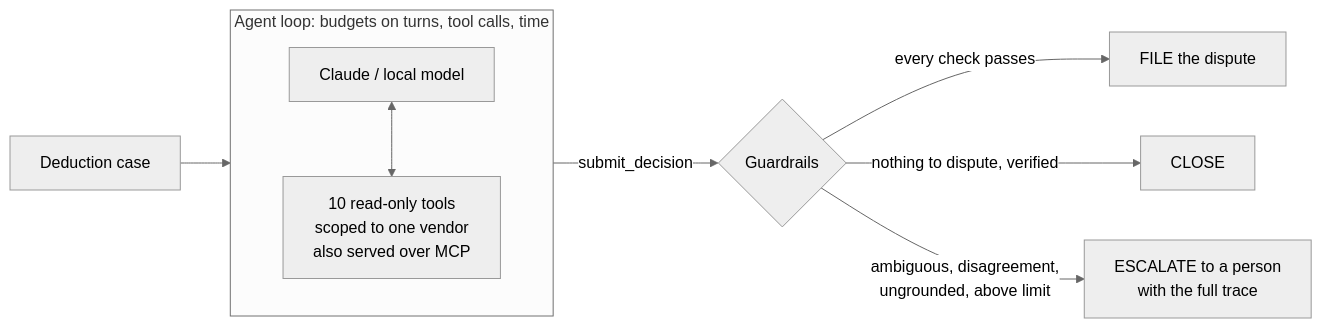
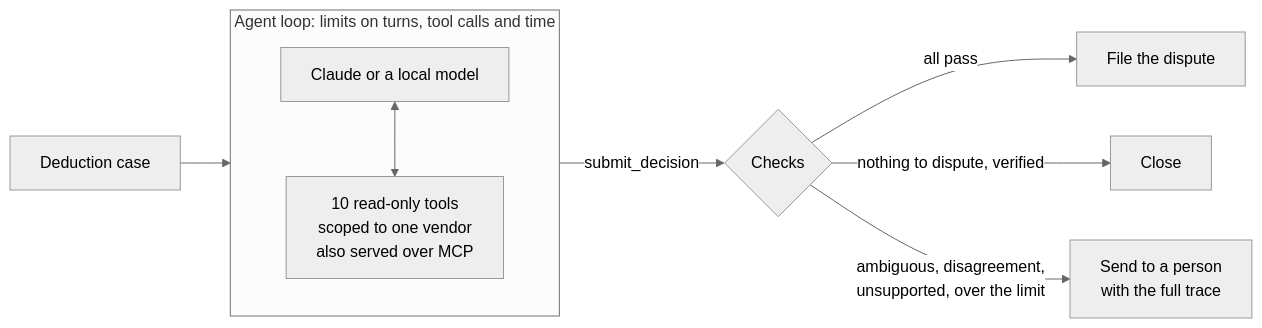
One commit to jmnzcn/dispute-agent changed the diagram in README.md. Above: the diagram before and after it, drawn with Mermaid (neutral theme). The commit also changed other lines of this file, not shown here.

````diff
--- a/README.md
+++ b/README.md
@@ -65,11 +64,11 @@
 ```mermaid
 flowchart LR
     q[Deduction case] --> a
-    subgraph a[Agent loop: budgets on turns, tool calls, time]
-        m[Claude / local model] <--> t[10 read-only tools<br/>scoped to one vendor<br/>also served over MCP]
+    subgraph a[Agent loop: limits on turns, tool calls and time]
+        m[Claude or a local model] <--> t[10 read-only tools<br/>scoped to one vendor<br/>also served over MCP]
     end
-    a -->|submit_decision| g{Guardrails}
-    g -->|every check passes| f[FILE the dispute]
-    g -->|nothing to dispute, verified| c[CLOSE]
-    g -->|ambiguous, disagreement,<br/>ungrounded, above limit| h[ESCALATE to a person<br/>with the full trace]
+    a -->|submit_decision| g{Checks}
+    g -->|all pass| f[File the dispute]
+    g -->|nothing to dispute, verified| c[Close]
+    g -->|ambiguous, disagreement,<br/>unsupported, over the limit| h[Send to a person<br/>with the full trace]
 ```
````
